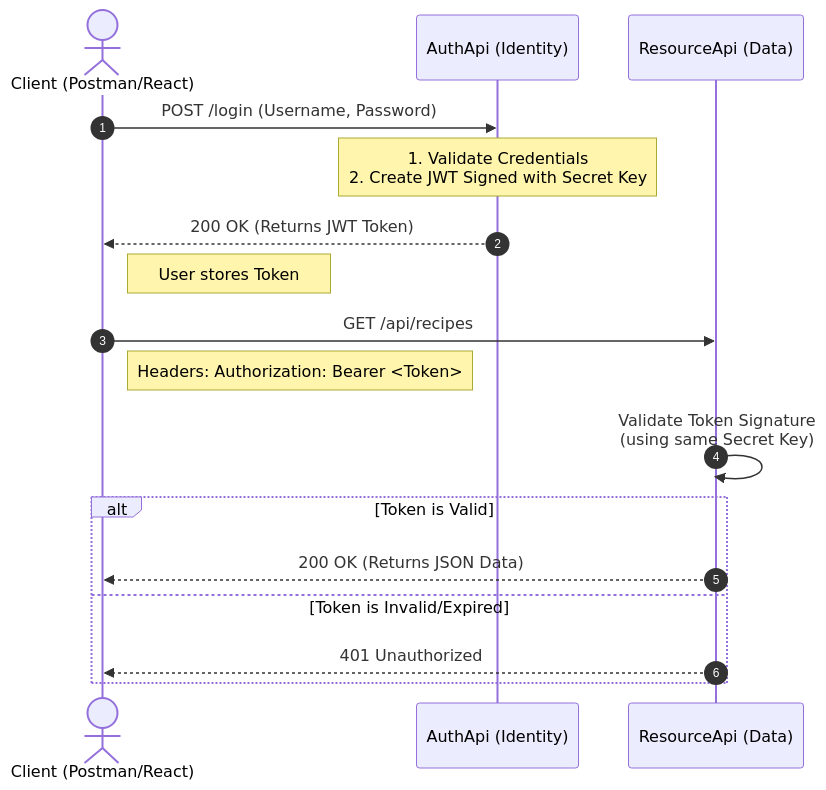
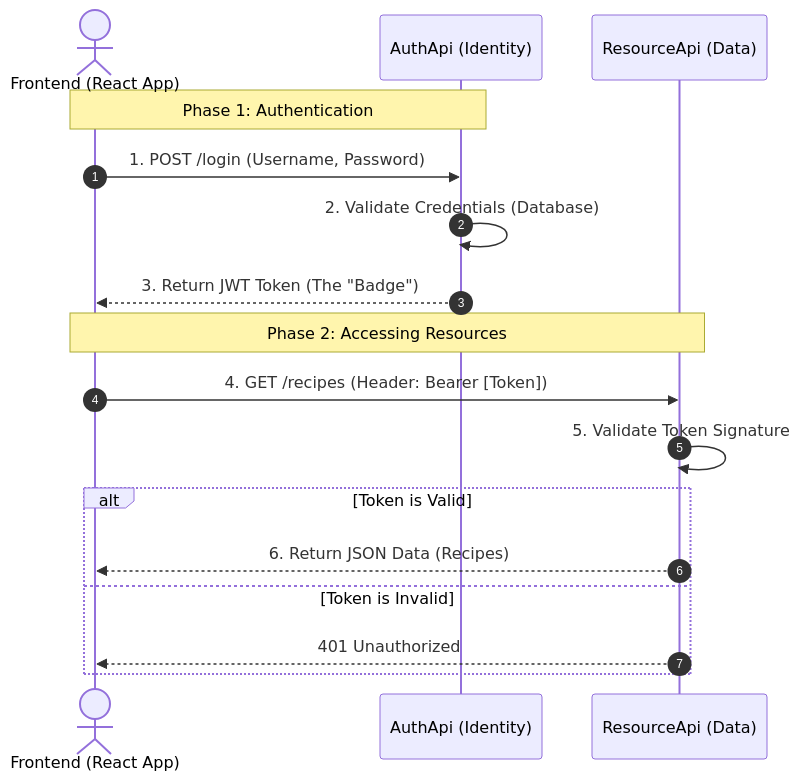
The diagram in STUDENT_MANUAL.md (ninalamo/sample-api-jwt), drawn with Mermaid before and after one commit. The commit also changed other lines of this file and 1 other file, not shown here.

````diff
--- a/STUDENT_MANUAL.md
+++ b/STUDENT_MANUAL.md
@@ -42,24 +18,21 @@
 ```mermaid
 sequenceDiagram
     autonumber
-    actor User as Client (Postman/React)
+    actor User as Frontend (React App)
     participant Auth as AuthApi (Identity)
     participant Res as ResourceApi (Data)
 
-    User->>Auth: POST /login (Username, Password)
-    Note over Auth: 1. Validate Credentials<br/>2. Create JWT Signed with Secret Key
-    Auth-->>User: 200 OK (Returns JWT Token)
-    
-    Note right of User: User stores Token
+    Note over User, Auth: Phase 1: Authentication
+    User->>Auth: 1. POST /login (Username, Password)
+    Auth->>Auth: 2. Validate Credentials (Database)
+    Auth-->>User: 3. Return JWT Token (The "Badge")
 
-    User->>Res: GET /api/recipes
-    Note right of User: Headers: Authorization: Bearer <Token>
-    
-    Res->>Res: Validate Token Signature<br/>(using same Secret Key)
-    
+    Note over User, Res: Phase 2: Accessing Resources
+    User->>Res: 4. GET /recipes (Header: Bearer [Token])
+    Res->>Res: 5. Validate Token Signature
     alt Token is Valid
-        Res-->>User: 200 OK (Returns JSON Data)
-    else Token is Invalid/Expired
+        Res-->>User: 6. Return JSON Data (Recipes)
+    else Token is Invalid
         Res-->>User: 401 Unauthorized
     end
 ```
````
